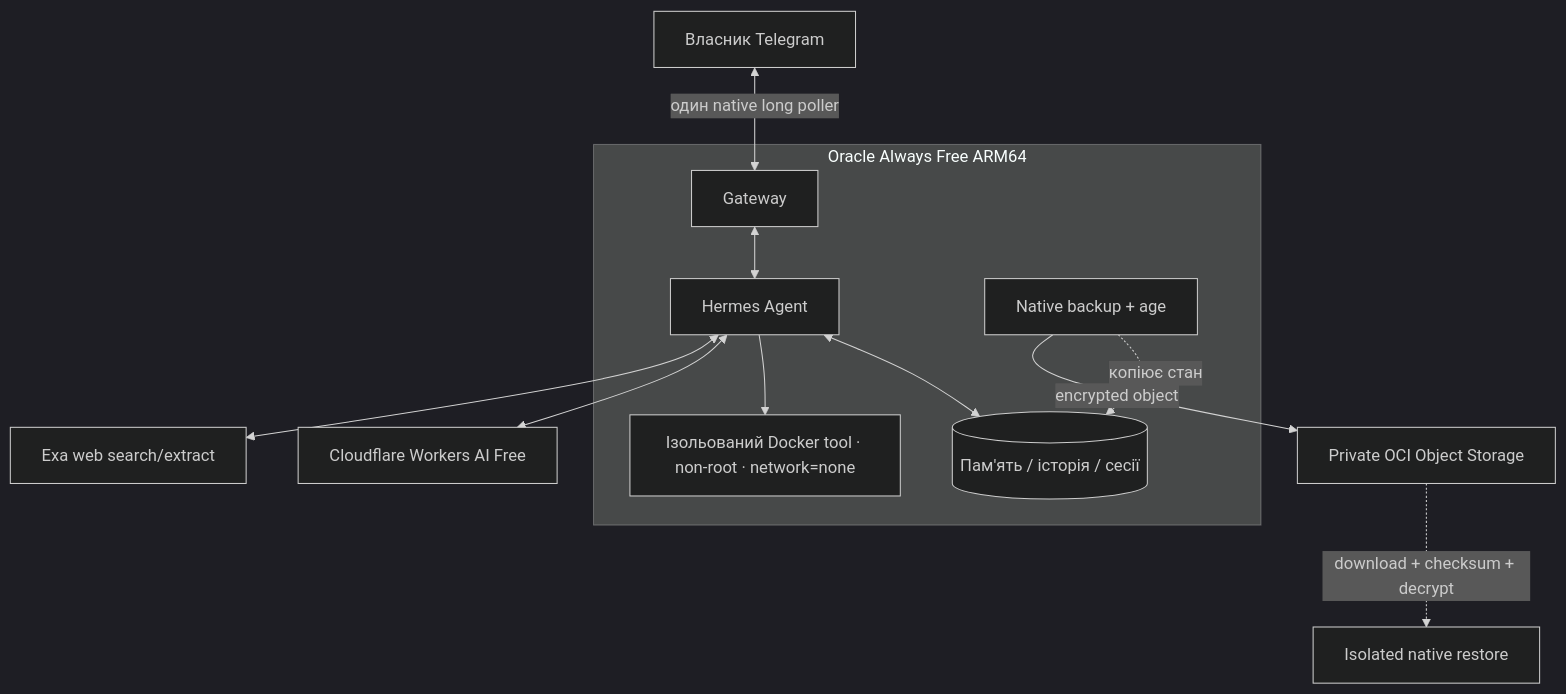
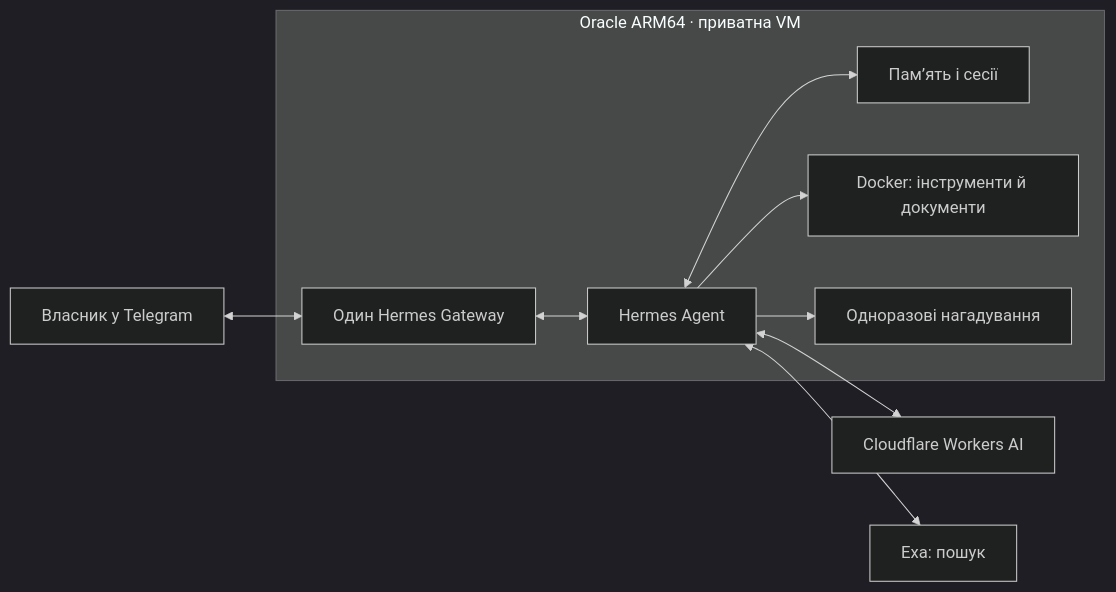
The diagram in docs/ARCHITECTURE.uk.md (MixaJuba/hermes-agent-stack), drawn with Mermaid (dark theme) before and after one commit. The commit also changed other lines of this file and 7 other files, not shown here.

````diff
--- a/docs/ARCHITECTURE.uk.md
+++ b/docs/ARCHITECTURE.uk.md
@@ -5,14 +5,12 @@
 ```mermaid
-flowchart TD
-    U["Власник Telegram"] <-->|"один native long poller"| G["Gateway"]
-    subgraph VM["Oracle Always Free ARM64"]
+flowchart LR
+    U["Власник у Telegram"] <--> G["Один Hermes Gateway"]
+    subgraph VM["Oracle ARM64 · приватна VM"]
         G <--> A["Hermes Agent"]
-        A <--> DB[("Пам'ять / історія / сесії")]
-        A --> T["Ізольований Docker tool · non-root · network=none"]
-        BK["Native backup + age"] -. "копіює стан" .-> DB
+        A <--> M["Пам’ять і сесії"]
+        A --> D["Docker: інструменти й документи"]
+        A --> R["Одноразові нагадування"]
     end
-    A <--> CF["Cloudflare Workers AI Free"]
-    A <--> EX["Exa web search/extract"]
-    BK -->|"encrypted object"| OS["Private OCI Object Storage"]
-    OS -. "download + checksum + decrypt" .-> REST["Isolated native restore"]
+    A <--> L["Cloudflare Workers AI"]
+    A <--> E["Exa: пошук"]
 ```
````
